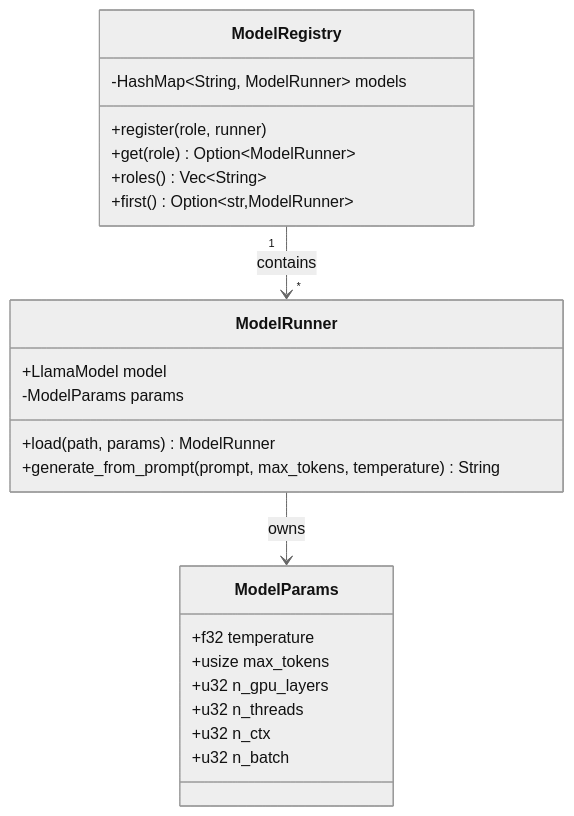
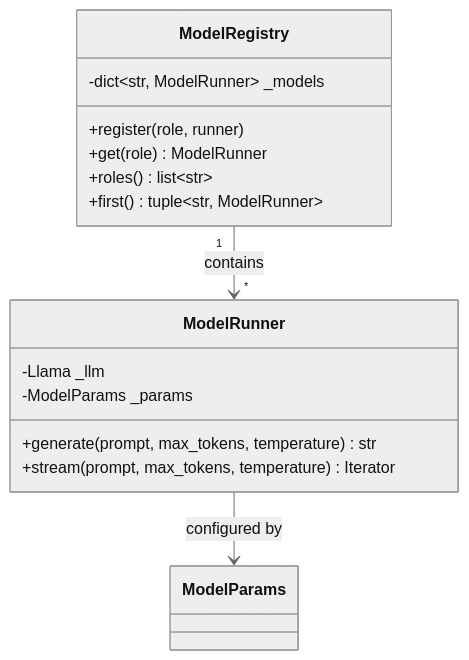
The sixth of 8 diagrams in doc/architecture.md (dipghoshraj/lala), drawn with Mermaid (neutral theme) before and after one commit. The commit also changed other lines of this file and 4 other files, not shown here.

````diff
--- a/doc/architecture.md
+++ b/doc/architecture.md
@@ -365,26 +396,18 @@
 ```mermaid
 classDiagram
     class ModelRegistry {
-        -HashMap~String, ModelRunner~ models
+        -dict~str, ModelRunner~ _models
         +register(role, runner)
-        +get(role) Option~ModelRunner~
-        +roles() Vec~String~
-        +first() Option~str,ModelRunner~
+        +get(role) ModelRunner
+        +roles() list~str~
+        +first() tuple~str, ModelRunner~
     }
     class ModelRunner {
-        +LlamaModel model
-        -ModelParams params
-        +load(path, params) ModelRunner
-        +generate_from_prompt(prompt, max_tokens, temperature) String
-    }
-    class ModelParams {
-        +f32 temperature
-        +usize max_tokens
-        +u32 n_gpu_layers
-        +u32 n_threads
-        +u32 n_ctx
-        +u32 n_batch
+        -Llama _llm
+        -ModelParams _params
+        +generate(prompt, max_tokens, temperature) str
+        +stream(prompt, max_tokens, temperature) Iterator
     }
     ModelRegistry "1" --> "*" ModelRunner : contains
-    ModelRunner --> ModelParams : owns
+    ModelRunner --> ModelParams : configured by
 ```
````
